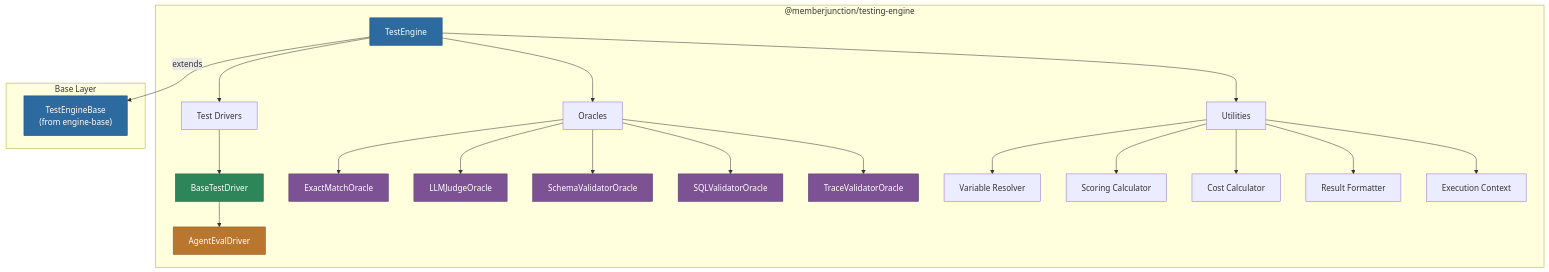
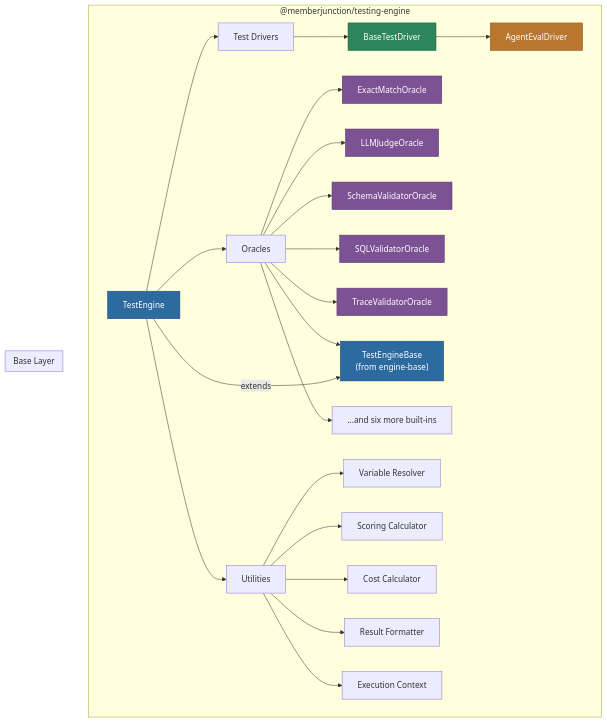
Before and after one commit to MemberJunction/MJ: the first of 2 diagrams in packages/TestingFramework/Engine/README.md, drawn with Mermaid. The commit also changed other lines of this file and 12 other files, not shown here.

````diff
--- a/packages/TestingFramework/Engine/README.md
+++ b/packages/TestingFramework/Engine/README.md
@@ -7,39 +7,41 @@
 ```mermaid
 graph TD
     subgraph "@memberjunction/testing-engine"
         A[TestEngine] --> B[Test Drivers]
         A --> C[Oracles]
         A --> D[Utilities]
 
         B --> E[BaseTestDriver]
         E --> F[AgentEvalDriver]
 
         C --> G[ExactMatchOracle]
         C --> H[LLMJudgeOracle]
         C --> I[SchemaValidatorOracle]
         C --> J[SQLValidatorOracle]
         C --> K[TraceValidatorOracle]
+        C --> Q[RubricOracle]
+        C --> R["...and six more built-ins"]
 
         D --> L[Variable Resolver]
         D --> M[Scoring Calculator]
         D --> N[Cost Calculator]
         D --> O[Result Formatter]
         D --> P[Execution Context]
     end
 
     subgraph "Base Layer"
         Q["TestEngineBase<br/>(from engine-base)"]
     end
 
     A -->|extends| Q
 
     style A fill:#2d6a9f,stroke:#1a4971,color:#fff
     style E fill:#2d8659,stroke:#1a5c3a,color:#fff
     style F fill:#b8762f,stroke:#8a5722,color:#fff
     style G fill:#7c5295,stroke:#563a6b,color:#fff
     style H fill:#7c5295,stroke:#563a6b,color:#fff
     style I fill:#7c5295,stroke:#563a6b,color:#fff
     style J fill:#7c5295,stroke:#563a6b,color:#fff
     style K fill:#7c5295,stroke:#563a6b,color:#fff
     style Q fill:#2d6a9f,stroke:#1a4971,color:#fff
 ```
````
